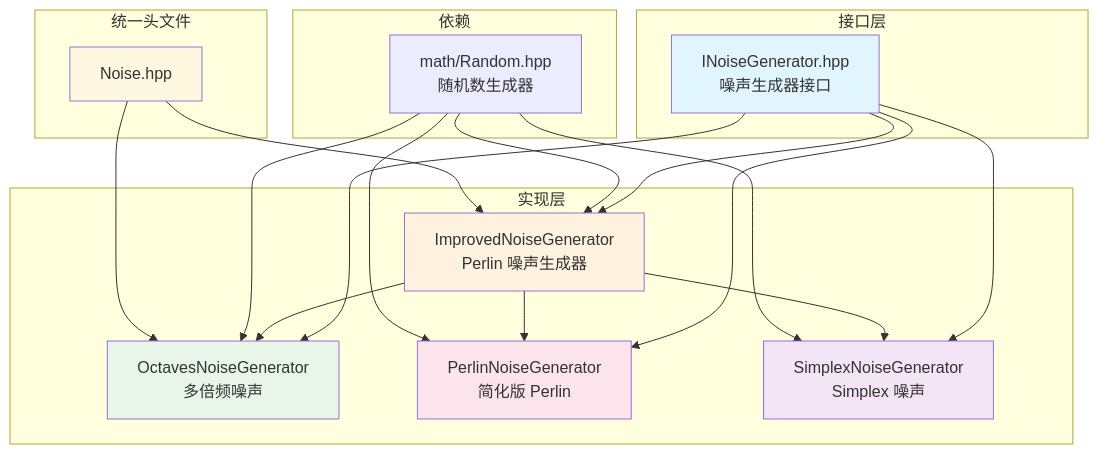
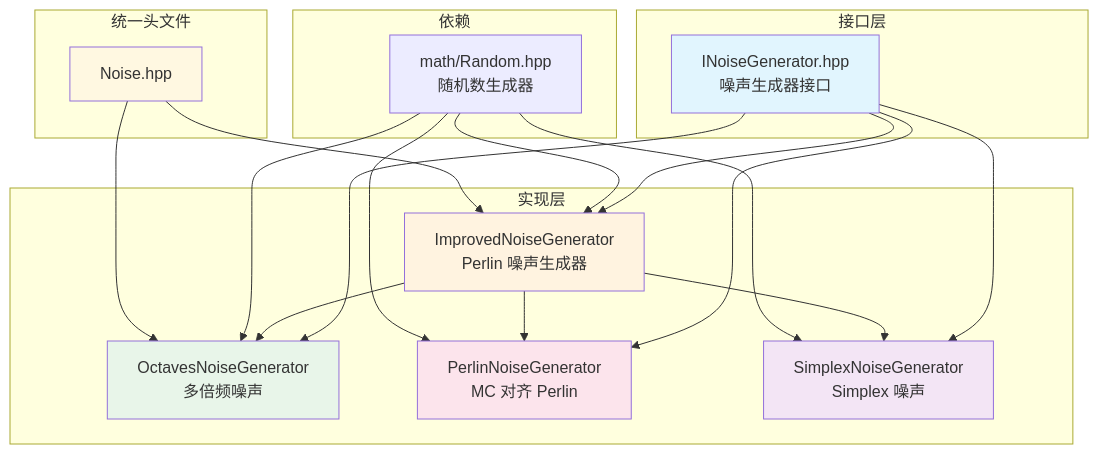
Before and after one commit to g122622/Cubium: the first of 3 diagrams in src/common/world/gen/noise/README.md, drawn with Mermaid. The commit also changed other lines of this file and 8 other files, not shown here.

````diff
--- a/src/common/world/gen/noise/README.md
+++ b/src/common/world/gen/noise/README.md
@@ -138,42 +138,42 @@
 ```mermaid
 graph TB
     subgraph 接口层
         A[INoiseGenerator.hpp<br/>噪声生成器接口]
     end
     
     subgraph 实现层
         B[ImprovedNoiseGenerator<br/>Perlin 噪声生成器]
         C[OctavesNoiseGenerator<br/>多倍频噪声]
-        D[PerlinNoiseGenerator<br/>简化版 Perlin]
+        D[PerlinNoiseGenerator<br/>MC 对齐 Perlin]
         E[SimplexNoiseGenerator<br/>Simplex 噪声]
     end
     
     subgraph 统一头文件
         F[Noise.hpp]
     end
     
     subgraph 依赖
         G[math/Random.hpp<br/>随机数生成器]
     end
     
     A --> B
     A --> C
     A --> D
     A --> E
     B --> C
     B --> D
     B --> E
     G --> B
     G --> C
     G --> D
     G --> E
     F --> B
     F --> C
     
     style A fill:#e1f5fe
     style B fill:#fff3e0
     style C fill:#e8f5e9
     style D fill:#fce4ec
     style E fill:#f3e5f5
     style F fill:#fff8e1
 ```
````
